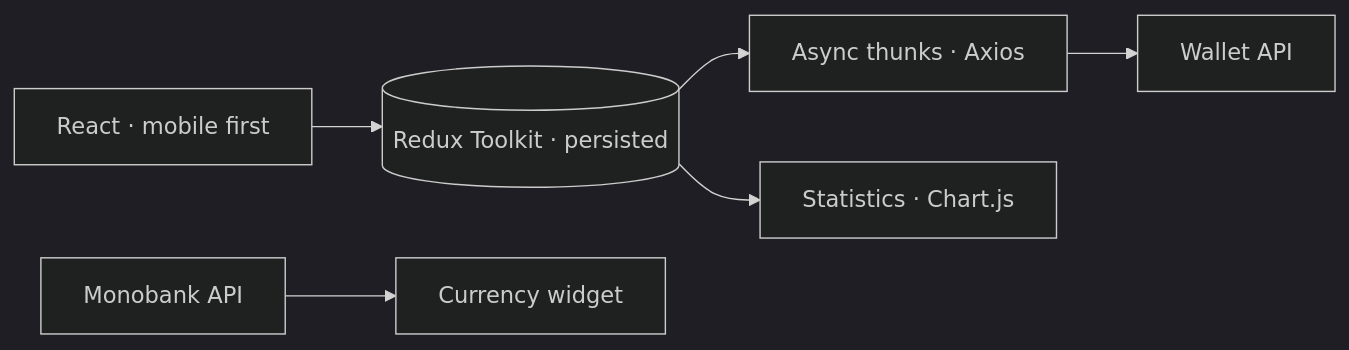
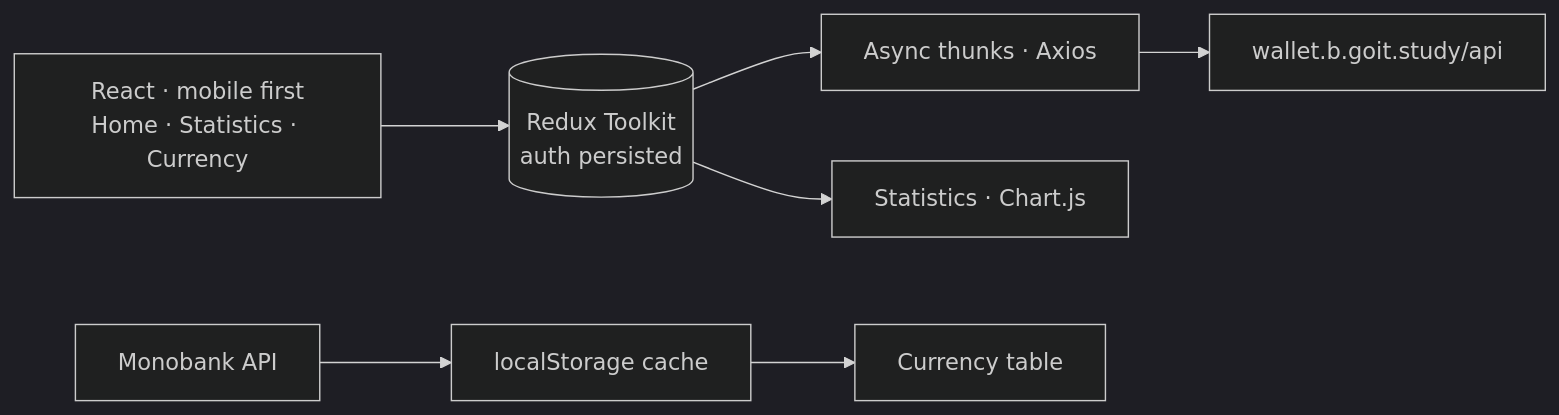
Before and after one commit to kutluhangil/MoneyGuard: the diagram in README.md, drawn with Mermaid (dark theme). The commit also changed other lines of this file and 3 other files, not shown here.

````diff
--- a/README.md
+++ b/README.md
@@ -39,7 +51,7 @@
 ```mermaid
 flowchart LR
-  UI[React · mobile first] --> ST[(Redux Toolkit · persisted)]
-  ST --> TH[Async thunks · Axios] --> API[Wallet API]
+  UI[React · mobile first<br/>Home · Statistics · Currency] --> ST[(Redux Toolkit<br/>auth persisted)]
+  ST --> TH[Async thunks · Axios] --> API[wallet.b.goit.study/api]
   ST --> CH[Statistics · Chart.js]
-  MB[Monobank API] --> CUR[Currency widget]
+  MB[Monobank API] --> CACHE[localStorage cache] --> CUR[Currency table]
 ```
````
